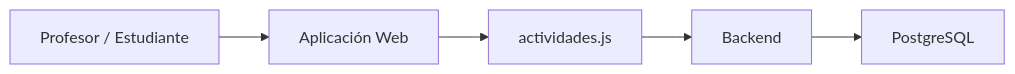
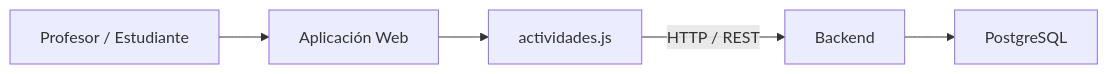
The fifth of 10 diagrams in dossier/08-c4-Trazabilidad.md (pinzon0930-boop/NEVI), drawn with Mermaid before and after one commit. The commit also changed other lines of this file, not shown here.

````diff
--- a/dossier/08-c4-Trazabilidad.md
+++ b/dossier/08-c4-Trazabilidad.md
@@ -244,13 +271,14 @@
 ```mermaid
 flowchart LR
+
     U["Profesor / Estudiante"]
-    UI["Aplicación Web"]
+    FE["Aplicación Web"]
     ACT["actividades.js"]
     API["Backend"]
     DB["PostgreSQL"]
 
-    U --> UI
-    UI --> ACT
-    ACT --> API
+    U --> FE
+    FE --> ACT
+    ACT -->|"HTTP / REST"| API
     API --> DB
 ```
````
